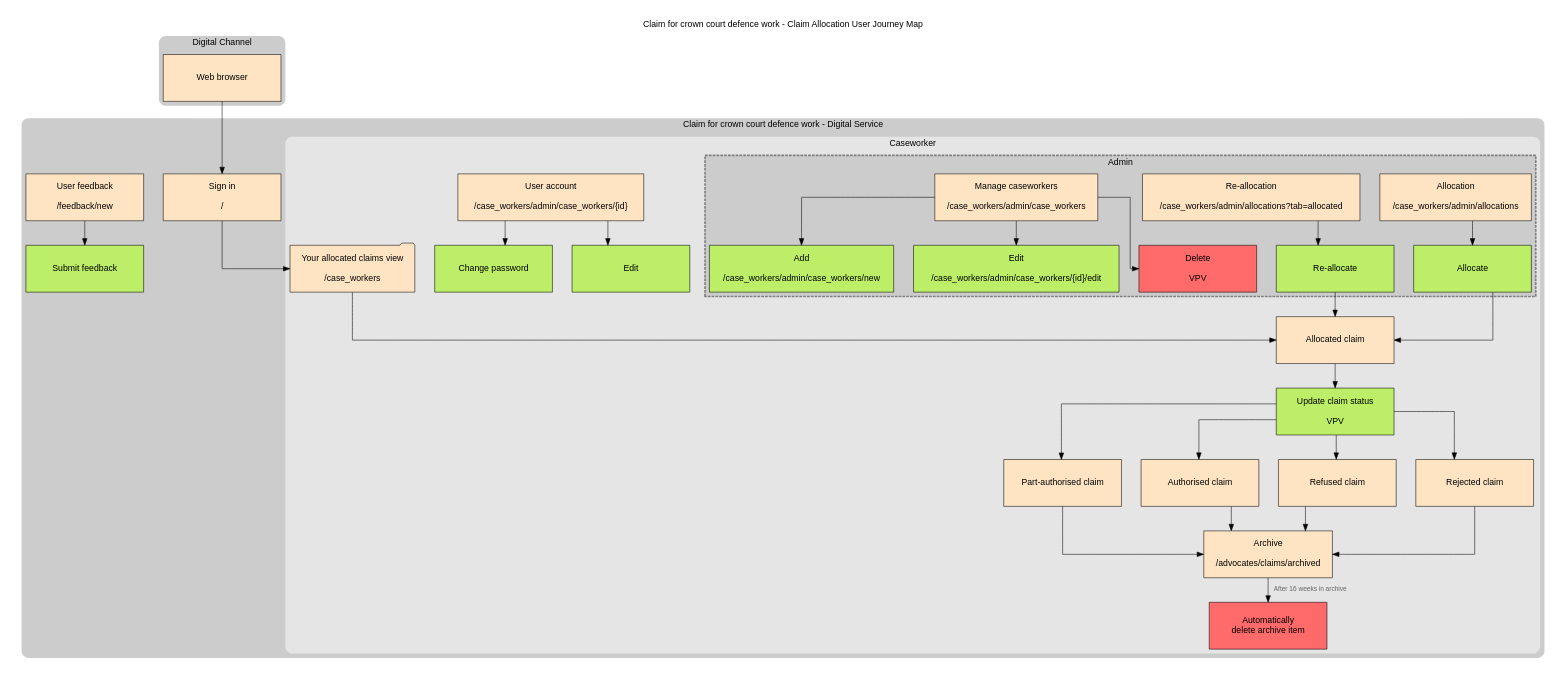
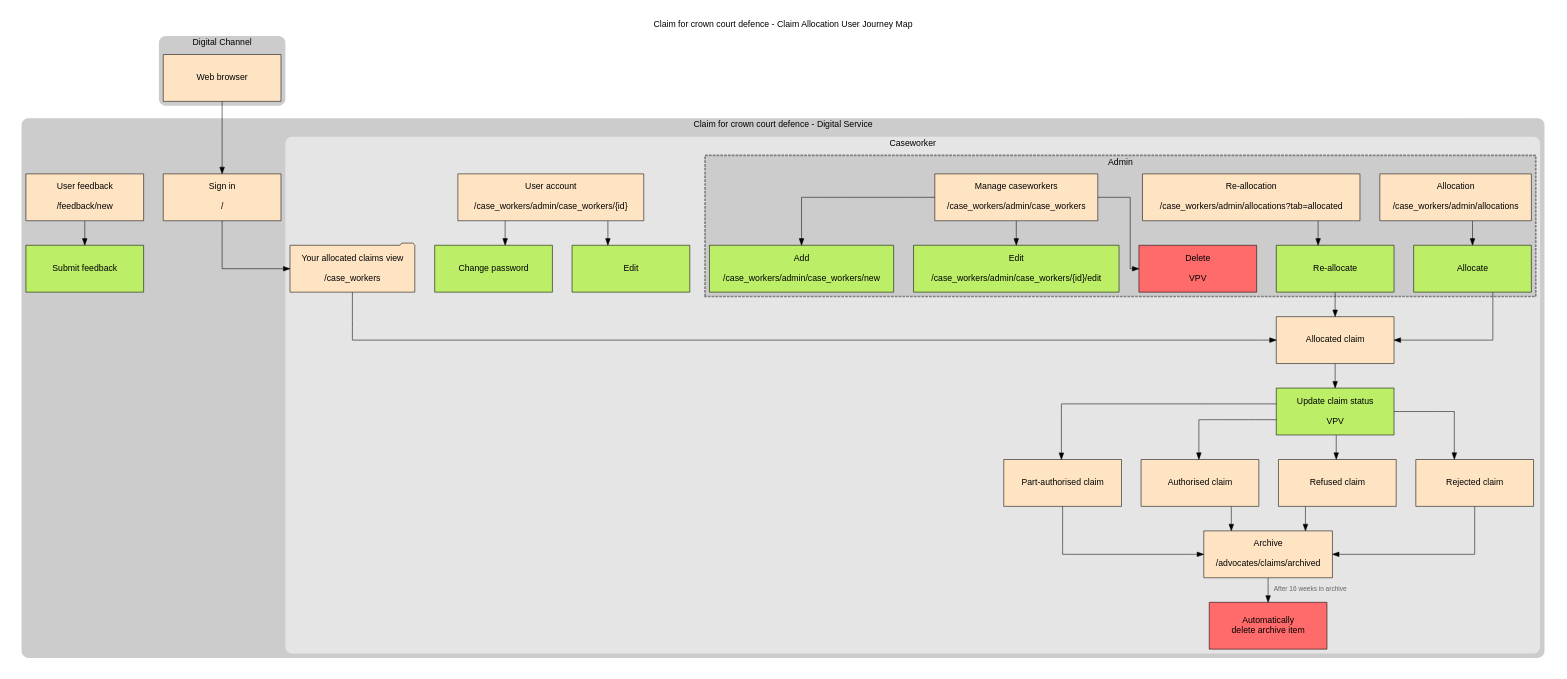
Before and after one commit to ministryofjustice/Claim-for-Crown-Court-Defence: the diagram in ux/user-journey-caseworkers.gv, drawn with Graphviz. The commit also changed 14 other files, not shown here.

Commit message:
replace name - remove "work" from "Claim for crown court defence work"

```diff
--- a/ux/user-journey-caseworkers.gv
+++ b/ux/user-journey-caseworkers.gv
@@ -1,98 +1,98 @@
 digraph CLA_User_Journey {
 	compound 	= true
 	labelloc 	= t
 	ordering 	= out
 	splines 	= ortho
 	nodesep		= .5
 	ranksep 	= .3
 
-	label 		= "Claim for crown court defence work - Claim Allocation User Journey Map"
+	label 		= "Claim for crown court defence - Claim Allocation User Journey Map"
 	fontsize	= 16
 	size 		= "11x8"
 
 	graph  [ style="rounded, filled" fillcolor=grey80 fontname=Helvetica penwidth=0 ]
 	node   [ shape=box style=filled fillcolor=bisque fontname=Helvetica fontsize=16 height=1.2 width=3 ]
 	edge   [ minlen=2 arrowsize=1.2 fontname=Helvetica fontsize=12 fontcolor=grey40 ]
 
 	subgraph cluster_digital_channel {
 		label="Digital Channel"
 
 		browser [ label = "Web browser" ]
 	}
 
 	subgraph cluster_adp_digital_service {
-		label="Claim for crown court defence work - Digital Service"
+		label="Claim for crown court defence - Digital Service"
 
 		sign_in [ label="Sign in\n\n/" ]
 
 		feedback [ label="User feedback\n\n/feedback/new" ]
 		feedback_submitted [ label="Submit feedback" fillcolor=darkolivegreen2 ]
 
 		feedback -> feedback_submitted
 
 		subgraph logged_in {
 			label="User logged in"
 			fillcolor=grey90
 
 			subgraph cluster_caseworker {
 				label="Caseworker"
 
 				claims [ label="Your allocated claims view\n\n/case_workers" shape="folder" ]
 				allocated_claim [ label="Allocated claim" ]
 				part_authorised_claim [ label="Part-authorised claim" ]
 				authorised_claim [ label="Authorised claim" ]
 				refused_claim [ label="Refused claim" ]
 				rejected_claim [ label="Rejected claim" ]
 				update_claim [ label="Update claim status\n\nVPV" fillcolor=darkolivegreen2 ]
 				account [ label="User account\n\n/case_workers/admin/case_workers/{id}" ]
 
 				account -> {
 					edit [ label="Edit" fillcolor=darkolivegreen2 ]
 					change_password [ label="Change password" fillcolor=darkolivegreen2 ]
 				}
 
 				archive [ label="Archive\n\n/advocates/claims/archived" ]
 				delete_archive [ label="Automatically\ndelete archive item"  fillcolor=indianred1 ]
 
 				subgraph cluster_caseworker_admin {
 					label="Admin"
 					fillcolor=grey80
 					penwidth=3
 					color=gray50
 					style="filled,dashed"
 
 					allocation [ label="Allocation\n\n/case_workers/admin/allocations" ]
 					reallocation [ label="Re-allocation\n\n/case_workers/admin/allocations?tab=allocated" ]
 					manage_caseworkers [ label="Manage caseworkers\n\n/case_workers/admin/case_workers" ]
 
 					# Admin connections
 					manage_caseworkers -> {
 						add_caseworker [ label="Add\n\n/case_workers/admin/case_workers/new" fillcolor=darkolivegreen2 ]
 						edit_caseworker [ label="Edit\n\n/case_workers/admin/case_workers/{id}/edit" fillcolor=darkolivegreen2 ]
 						delete_caseworker [ label="Delete\n\nVPV" fillcolor=indianred1 ]
 					}
 
 					allocation -> {
 						allocate_claim [ label="Allocate" fillcolor=darkolivegreen2 ]
 					}
 					reallocation -> {
 						reallocate_claim [ label="Re-allocate" fillcolor=darkolivegreen2 ]
 					}
 				}
 			}
 		}
 	}
 
 	browser -> sign_in -> claims -> allocated_claim -> update_claim
 
 	{ allocate_claim, reallocate_claim } -> allocated_claim
 
 	update_claim -> {
 		part_authorised_claim
 		authorised_claim
 		refused_claim
 		rejected_claim
 	} -> archive
 
 	archive -> delete_archive [ taillabel="After 16 weeks in archive" labeldistance="8" labelangle="75" ]
 }
```
